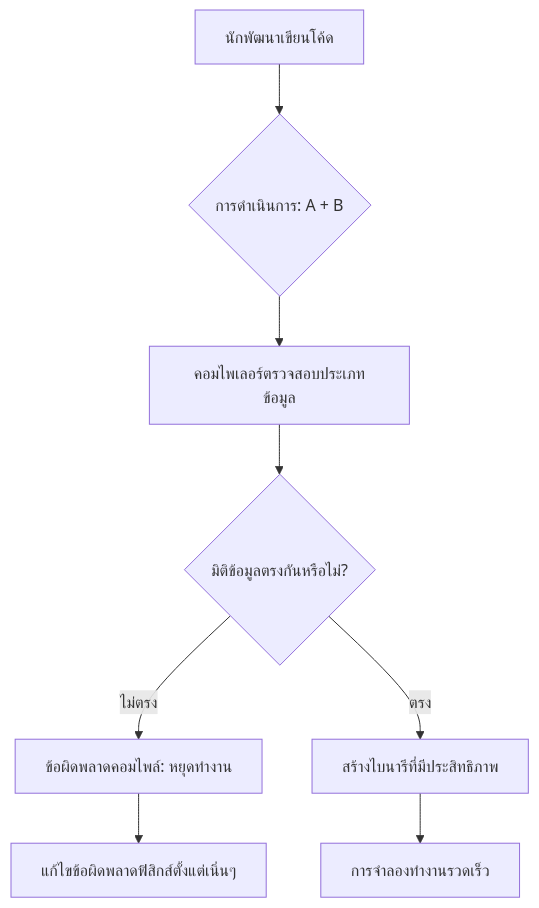
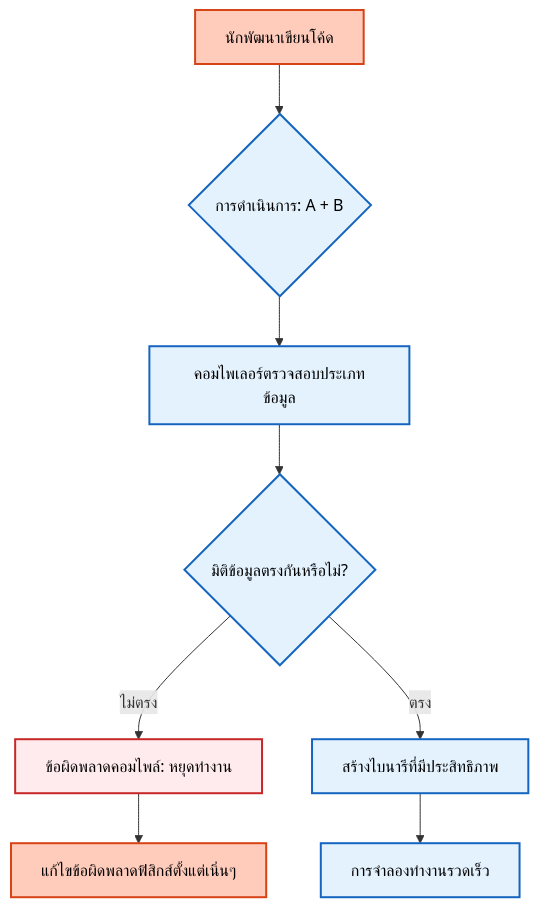
Before and after one commit to wramet/build-my-cfd: the first of 3 diagrams in MODULE_05_OPENFOAM_PROGRAMMING/CONTENT/02_DIMENSIONED_TYPES/02_Physics_Aware_Type_System.md, drawn with Mermaid. The commit also changed other lines of this file and 313 other files, not shown here.

Commit message:
Revise all diagram

````diff
--- a/MODULE_05_OPENFOAM_PROGRAMMING/CONTENT/02_DIMENSIONED_TYPES/02_Physics_Aware_Type_System.md
+++ b/MODULE_05_OPENFOAM_PROGRAMMING/CONTENT/02_DIMENSIONED_TYPES/02_Physics_Aware_Type_System.md
@@ -41,10 +41,13 @@
 ```mermaid
 flowchart TD
-    A[นักพัฒนาเขียนโค้ด] --> B{การดำเนินการ: A + B}
-    B --> C[คอมไพเลอร์ตรวจสอบประเภทข้อมูล]
-    C --> D{มิติข้อมูลตรงกันหรือไม่?}
-    D -- ไม่ตรง --> E[ข้อผิดพลาดคอมไพล์: หยุดทำงาน]
-    D -- ตรง --> F[สร้างไบนารีที่มีประสิทธิภาพ]
-    E --> G[แก้ไขข้อผิดพลาดฟิสิกส์ตั้งแต่เนิ่นๆ]
-    F --> H[การจำลองทำงานรวดเร็ว]
+classDef explicit fill:#ffccbc,stroke:#d84315,stroke-width:2px,color:#000
+classDef implicit fill:#e3f2fd,stroke:#1565c0,stroke-width:2px,color:#000
+classDef error fill:#ffebee,stroke:#c62828,stroke-width:2px,color:#000
+A["นักพัฒนาเขียนโค้ด"]:::explicit --> B{"การดำเนินการ: A + B"}:::implicit
+B --> C["คอมไพเลอร์ตรวจสอบประเภทข้อมูล"]:::implicit
+C --> D{"มิติข้อมูลตรงกันหรือไม่?"}:::implicit
+D -->|ไม่ตรง| E["ข้อผิดพลาดคอมไพล์: หยุดทำงาน"]:::error
+E --> G["แก้ไขข้อผิดพลาดฟิสิกส์ตั้งแต่เนิ่นๆ"]:::explicit
+D -->|ตรง| F["สร้างไบนารีที่มีประสิทธิภาพ"]:::implicit
+F --> H["การจำลองทำงานรวดเร็ว"]:::implicit
 ```
````
